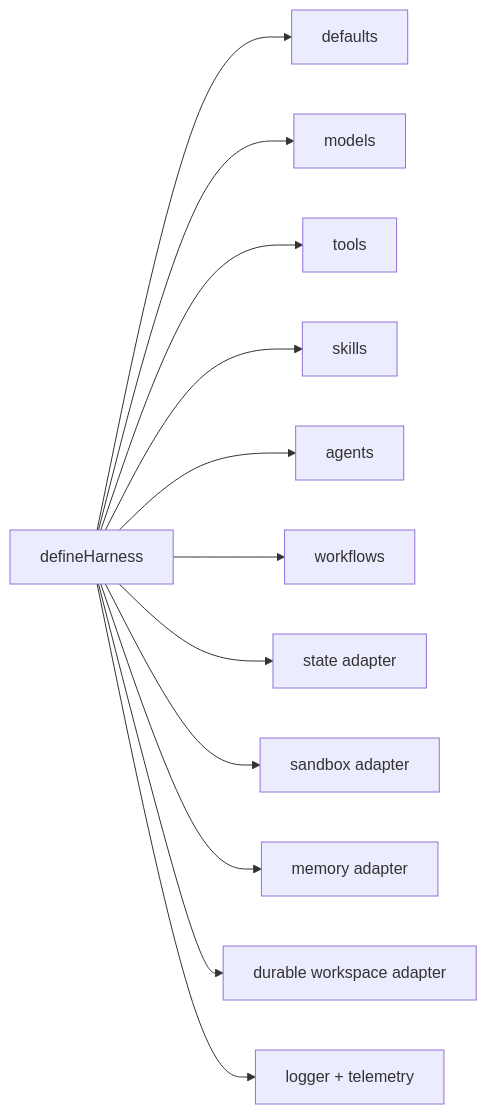
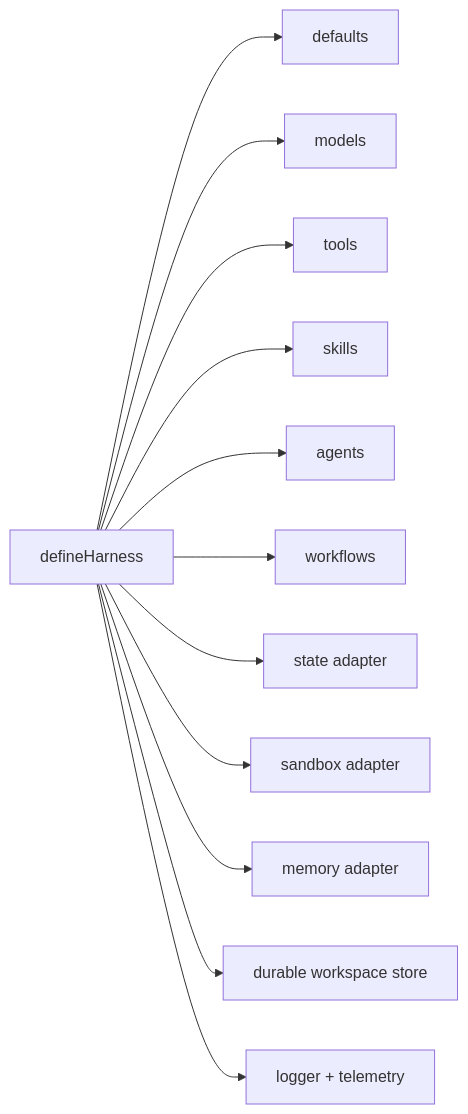
One commit to puristajs/harness changed the diagram in docs/guides/configuration.md. Above: the diagram before and after it, drawn with Mermaid. The commit also changed other lines of this file and 23 other files, not shown here.

Commit message:
Refine durable workspace store contract

````diff
--- a/docs/guides/configuration.md
+++ b/docs/guides/configuration.md
@@ -29,14 +29,14 @@
 ```mermaid
 flowchart LR
   Harness["defineHarness"] --> Defaults["defaults"]
   Harness --> Models["models"]
   Harness --> Tools["tools"]
   Harness --> Skills["skills"]
   Harness --> Agents["agents"]
   Harness --> Workflows["workflows"]
   Harness --> State["state adapter"]
   Harness --> Sandbox["sandbox adapter"]
   Harness --> Memory["memory adapter"]
-  Harness --> Workspace["durable workspace adapter"]
+  Harness --> Workspace["durable workspace store"]
   Harness --> Telemetry["logger + telemetry"]
 ```
````
